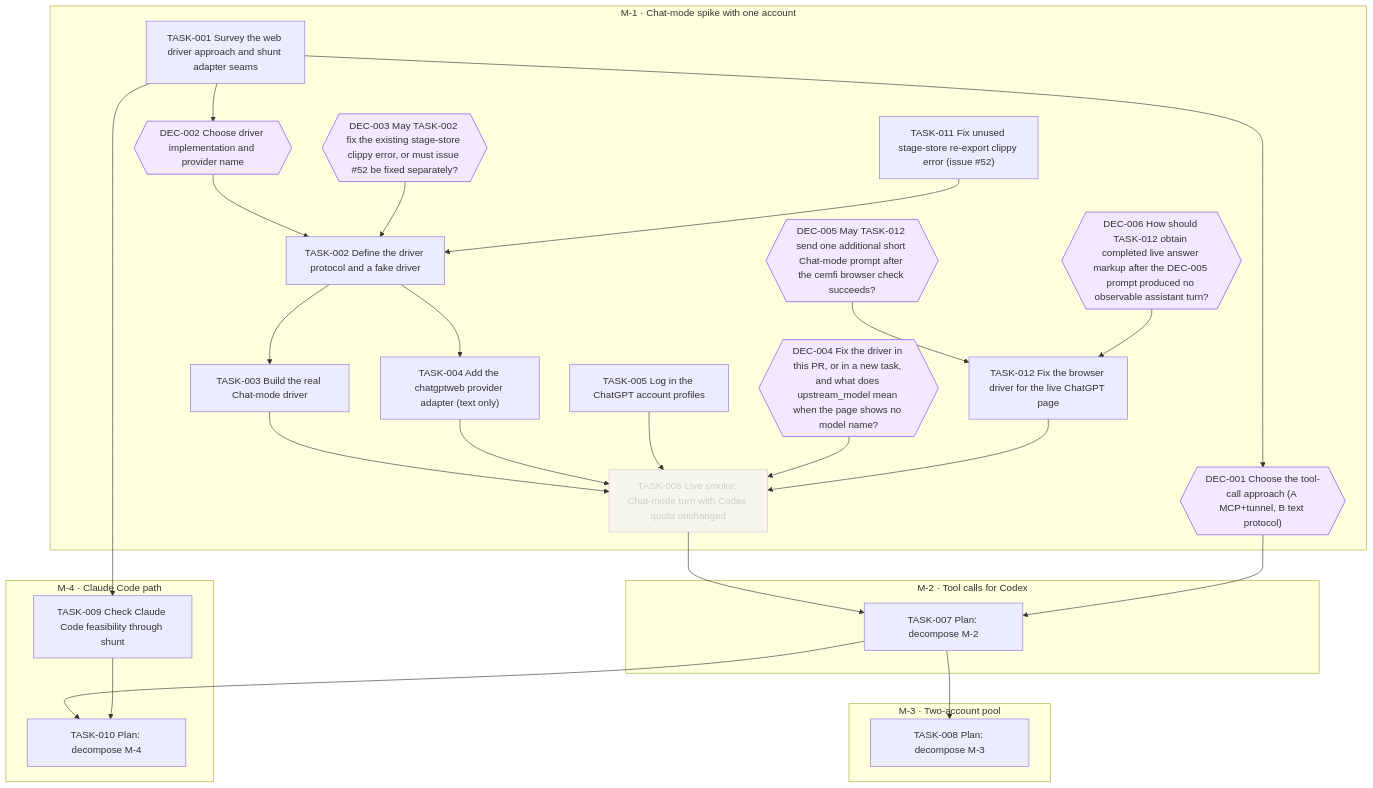
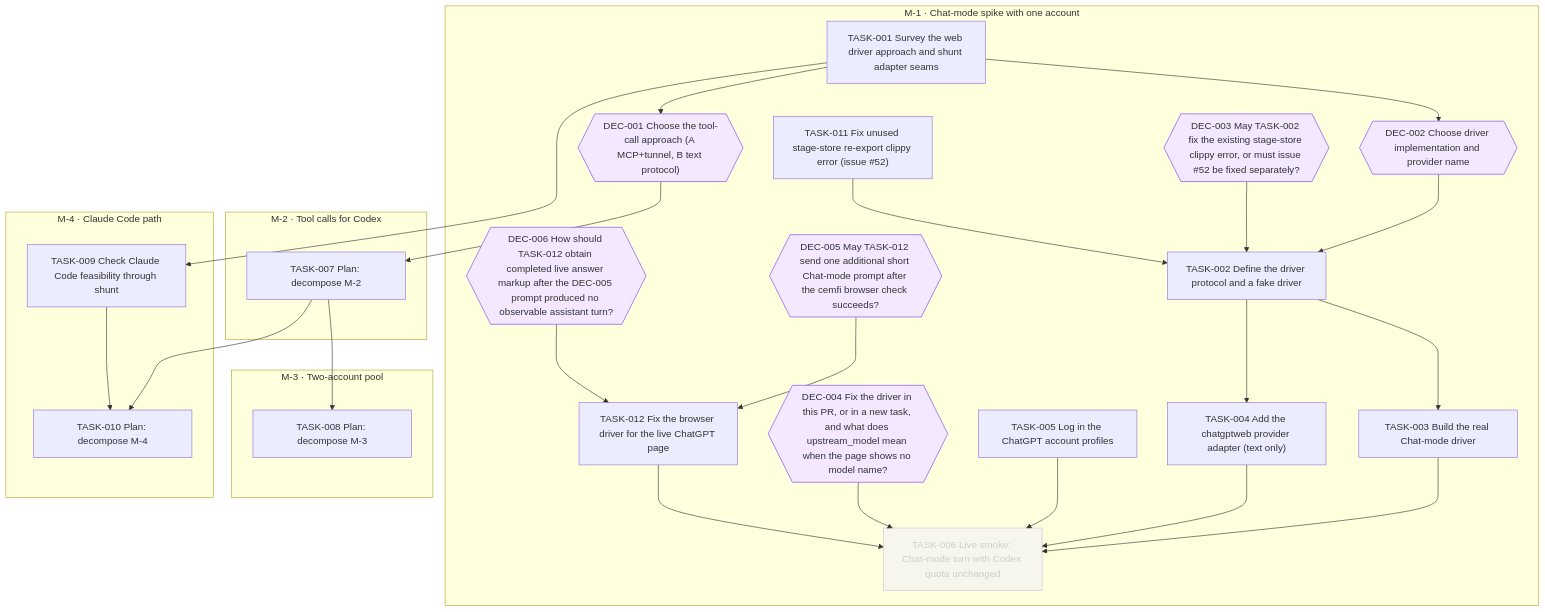
The diagram in goals/chatgptweb-provider/README.md (jesusvillota/shunt), drawn with Mermaid before and after one commit. The commit also changed 1 other file, not shown here.

Commit message:
goal(chatgptweb-provider): unlink TASK-007 after TASK-006

````diff
--- a/goals/chatgptweb-provider/README.md
+++ b/goals/chatgptweb-provider/README.md
@@ -132,59 +132,58 @@
 ```mermaid
 flowchart TD
   subgraph M_1["M-1 · Chat-mode spike with one account"]
     DEC_001{{"DEC-001 Choose the tool-call approach (A MCP+tunnel, B text protocol)"}}
     DEC_002{{"DEC-002 Choose driver implementation and provider name"}}
     DEC_003{{"DEC-003 May TASK-002 fix the existing stage-store clippy error, or must issue #52 be fixed separately?"}}
     DEC_004{{"DEC-004 Fix the driver in this PR, or in a new task, and what does upstream_model mean when the page shows no model name?"}}
     DEC_005{{"DEC-005 May TASK-012 send one additional short Chat-mode prompt after the cemfi browser check succeeds?"}}
     DEC_006{{"DEC-006 How should TASK-012 obtain completed live answer markup after the DEC-005 prompt produced no observable assistant turn?"}}
     TASK_001["TASK-001 Survey the web driver approach and shunt adapter seams"]
     TASK_002["TASK-002 Define the driver protocol and a fake driver"]
     TASK_003["TASK-003 Build the real Chat-mode driver"]
     TASK_004["TASK-004 Add the chatgptweb provider adapter (text only)"]
     TASK_005["TASK-005 Log in the ChatGPT account profiles"]
     TASK_006["TASK-006 Live smoke: Chat-mode turn with Codex quota unchanged"]
     TASK_011["TASK-011 Fix unused stage-store re-export clippy error (issue #52)"]
     TASK_012["TASK-012 Fix the browser driver for the live ChatGPT page"]
   end
   subgraph M_2["M-2 · Tool calls for Codex"]
     TASK_007["TASK-007 Plan: decompose M-2"]
   end
   subgraph M_3["M-3 · Two-account pool"]
     TASK_008["TASK-008 Plan: decompose M-3"]
   end
   subgraph M_4["M-4 · Claude Code path"]
     TASK_009["TASK-009 Check Claude Code feasibility through shunt"]
     TASK_010["TASK-010 Plan: decompose M-4"]
   end
   TASK_001 --> DEC_001
   TASK_001 --> DEC_002
   DEC_002 --> TASK_002
   DEC_003 --> TASK_002
   TASK_011 --> TASK_002
   TASK_002 --> TASK_003
   TASK_002 --> TASK_004
   TASK_003 --> TASK_006
   TASK_004 --> TASK_006
   TASK_005 --> TASK_006
   DEC_004 --> TASK_006
   TASK_012 --> TASK_006
-  TASK_006 --> TASK_007
   DEC_001 --> TASK_007
   TASK_007 --> TASK_008
   TASK_001 --> TASK_009
   TASK_007 --> TASK_010
   TASK_009 --> TASK_010
   DEC_005 --> TASK_012
   DEC_006 --> TASK_012
   classDef draft stroke-dasharray: 4 3
   classDef cancelled opacity:0.45
   classDef decision fill:#f3e8ff,stroke:#7c3aed
   class TASK_006 cancelled
   class DEC_001 decision
   class DEC_002 decision
   class DEC_003 decision
   class DEC_004 decision
   class DEC_005 decision
   class DEC_006 decision
 ```
````
